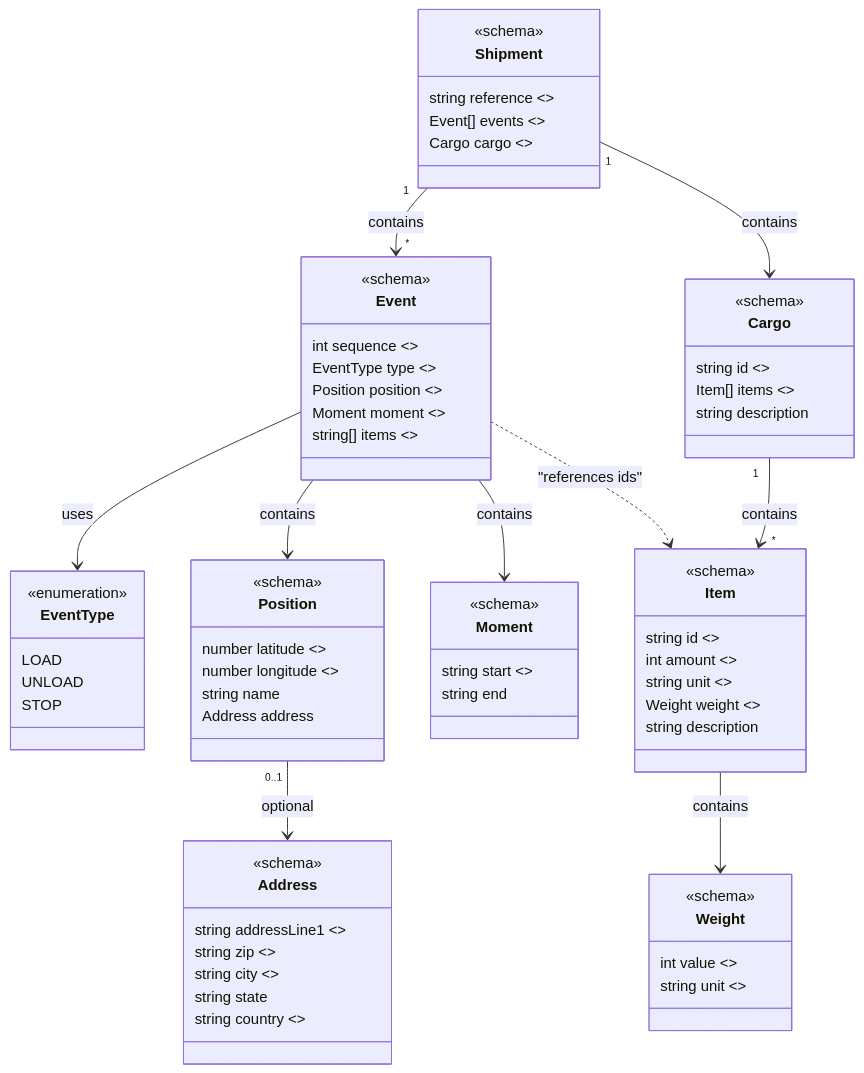
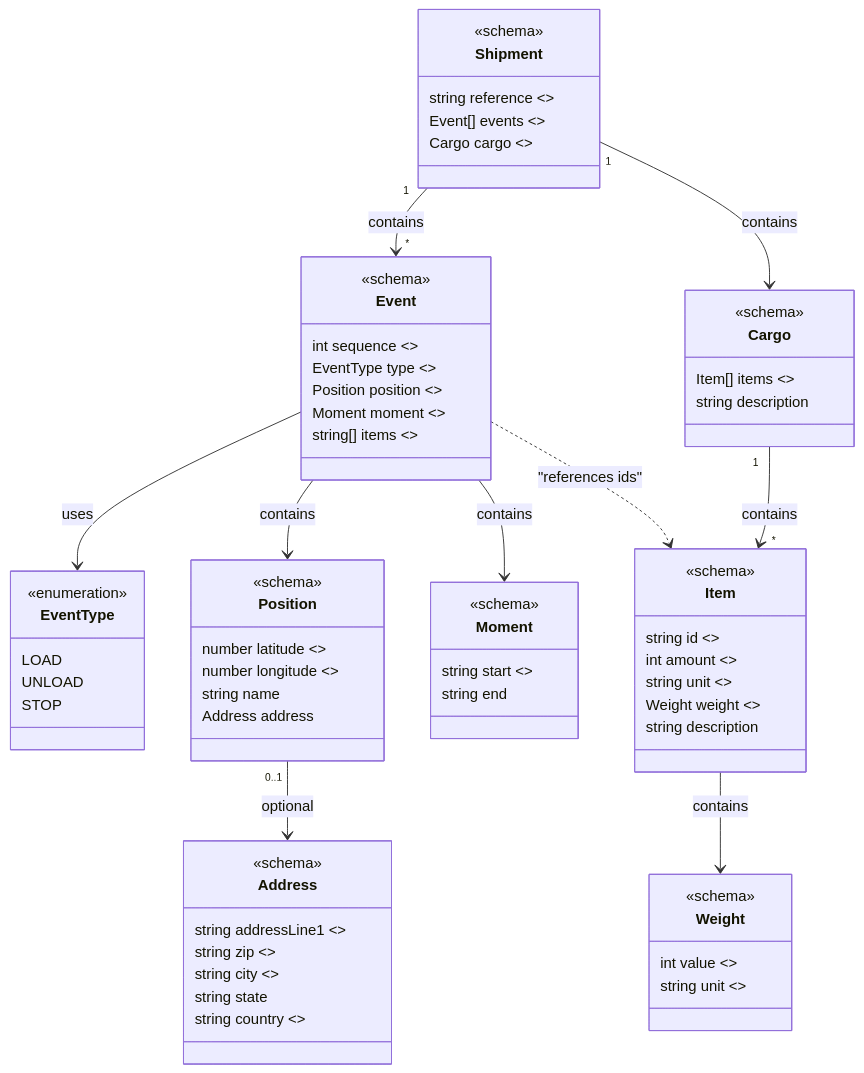
The diagram in README.md (carqo/core), drawn with Mermaid before and after one commit. The commit also changed other lines of this file and 4 other files, not shown here.

First line of the commit message:
Remove cargo.id field from schema and examples

````diff
--- a/README.md
+++ b/README.md
@@ -7,81 +7,80 @@
 ```mermaid
 classDiagram
 
 class Shipment {
     <<schema>>
     string reference <<required>>
     Event[] events <<required>>
     Cargo cargo <<required>>
 }
 
 class Cargo {
     <<schema>>
-    string id <<required>>
     Item[] items <<required>>
     string description
 }
 
 class Item {
     <<schema>>
     string id <<required>>
     int amount <<required>>
     string unit <<required>>
     Weight weight <<required>>
     string description
 }
 
 class Weight {
     <<schema>>
     int value <<required>>
     string unit <<required>>
 }
 
 class Event {
     <<schema>>
     int sequence <<required>>
     EventType type <<required>>
     Position position <<required>>
     Moment moment <<required>>
     string[] items <<required>>
 }
 
 class EventType {
     <<enumeration>>
     LOAD
     UNLOAD
     STOP
 }
 
 class Position {
     <<schema>>
     number latitude <<required>>
     number longitude <<required>>
     string name
     Address address
 }
 
 class Address {
     <<schema>>
     string addressLine1 <<required>>
     string zip <<required>>
     string city <<required>>
     string state
     string country <<required>>
 }
 
 class Moment {
     <<schema>>
     string start <<required>>
     string end
 }
 
 Shipment "1" --> "*" Event : contains
 Shipment "1" --> Cargo : contains
 Cargo "1" --> "*" Item : contains
 Item --> Weight : contains
 Event --> EventType : uses
 Event --> Position : contains
 Position "0..1" --> Address : optional
 Event --> Moment : contains
 Event ..> Item : "references ids"
 ```
````
